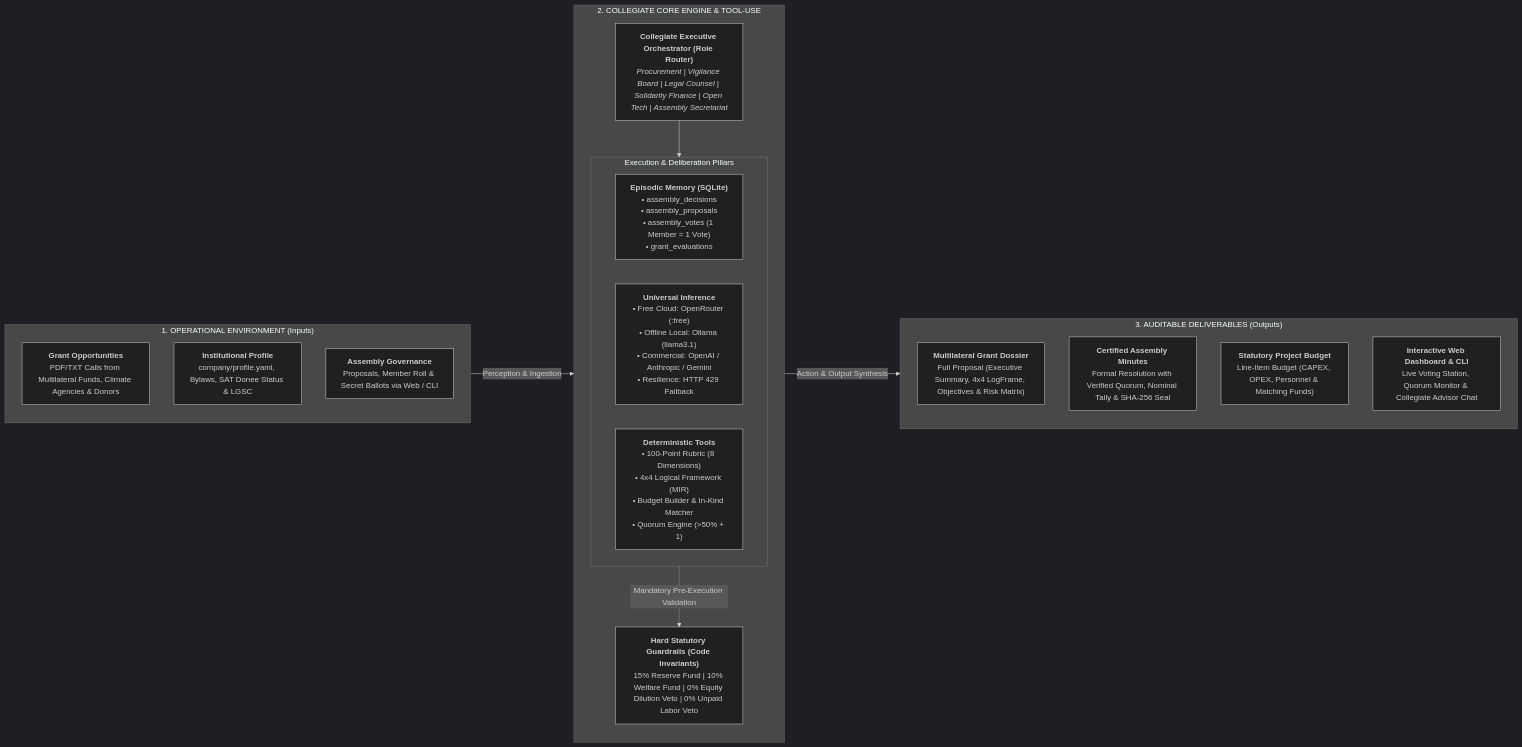
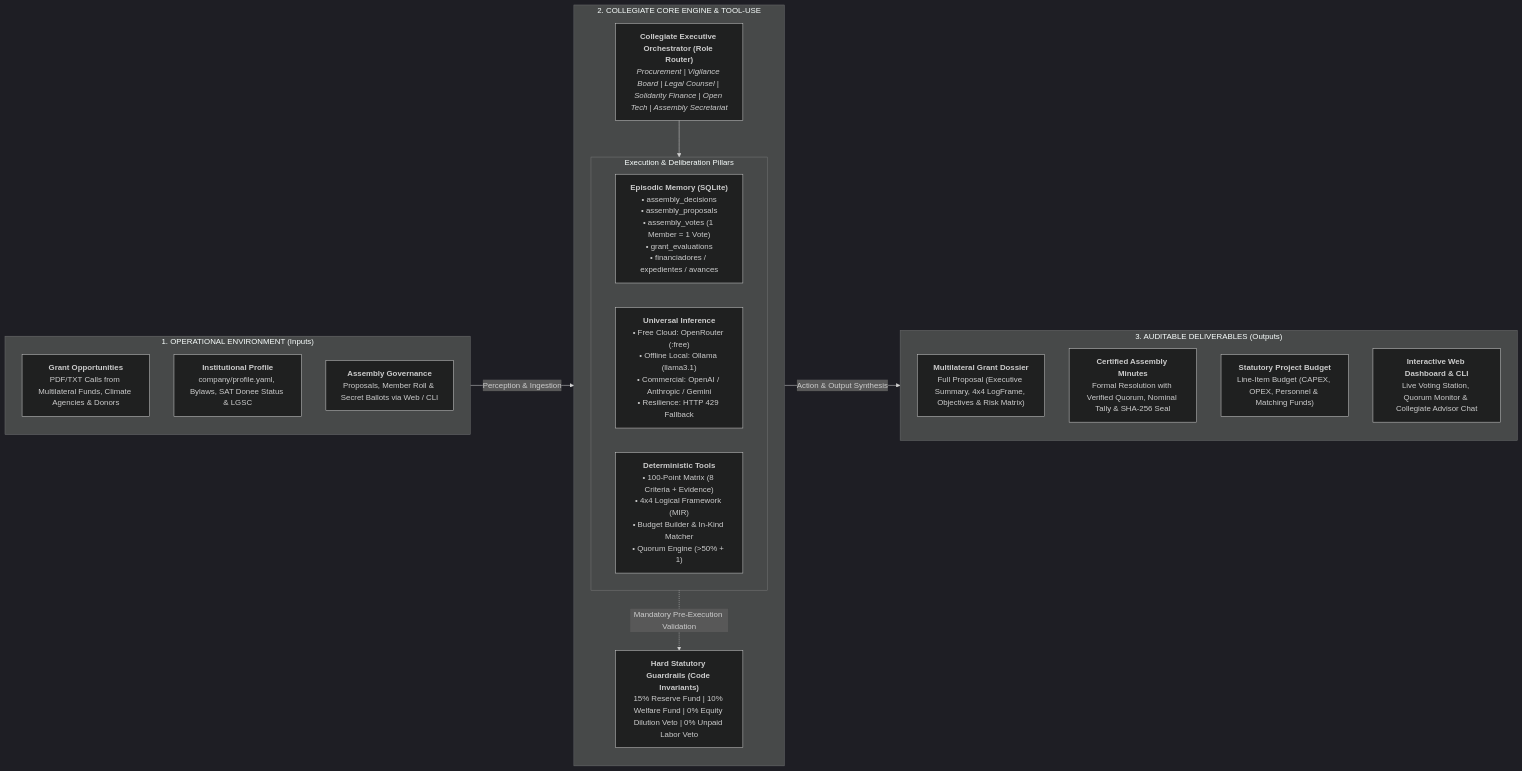
Before and after one commit to pablomorenoc96/coop-executive: the diagram in ARCHITECTURE.md, drawn with Mermaid (dark theme). The commit also changed other lines of this file and 43 other files, not shown here.

First line of the commit message:
feat(procuracion): nucleo de procuracion 0.2.0 con matriz, espacios, financiadores y expedientes

````diff
--- a/ARCHITECTURE.md
+++ b/ARCHITECTURE.md
@@ -13,38 +13,38 @@
 ```mermaid
 flowchart LR
     subgraph STAGE1["1. OPERATIONAL ENVIRONMENT (Inputs)"]
         direction TB
         IN1["<b>Grant Opportunities</b><br/>PDF/TXT Calls from Multilateral Funds, Climate Agencies & Donors"]
         IN2["<b>Institutional Profile</b><br/>company/profile.yaml, Bylaws, SAT Donee Status & LGSC"]
         IN3["<b>Assembly Governance</b><br/>Proposals, Member Roll & Secret Ballots via Web / CLI"]
     end
 
     STAGE1 -->|"Perception & Ingestion"| ORCH
 
     subgraph STAGE2["2. COLLEGIATE CORE ENGINE & TOOL-USE"]
         direction TB
         ORCH["<b>Collegiate Executive Orchestrator (Role Router)</b><br/><i>Procurement | Vigilance Board | Legal Counsel | Solidarity Finance | Open Tech | Assembly Secretariat</i>"]
         
         subgraph SUBSYSTEMS["Execution & Deliberation Pillars"]
             direction LR
-            MEM["<b>Episodic Memory (SQLite)</b><br/>• assembly_decisions<br/>• assembly_proposals<br/>• assembly_votes (1 Member = 1 Vote)<br/>• grant_evaluations"]
+            MEM["<b>Episodic Memory (SQLite)</b><br/>• assembly_decisions<br/>• assembly_proposals<br/>• assembly_votes (1 Member = 1 Vote)<br/>• grant_evaluations<br/>• financiadores / expedientes / avances"]
             INF["<b>Universal Inference</b><br/>• Free Cloud: OpenRouter (:free)<br/>• Offline Local: Ollama (llama3.1)<br/>• Commercial: OpenAI / Anthropic / Gemini<br/>• Resilience: HTTP 429 Fallback"]
-            TOOL["<b>Deterministic Tools</b><br/>• 100-Point Rubric (8 Dimensions)<br/>• 4x4 Logical Framework (MIR)<br/>• Budget Builder & In-Kind Matcher<br/>• Quorum Engine (>50% + 1)"]
+            TOOL["<b>Deterministic Tools</b><br/>• 100-Point Matrix (8 Criteria + Evidence)<br/>• 4x4 Logical Framework (MIR)<br/>• Budget Builder & In-Kind Matcher<br/>• Quorum Engine (>50% + 1)"]
         end
 
         ORCH --> SUBSYSTEMS
         
         GUARD["<b>Hard Statutory Guardrails (Code Invariants)</b><br/>15% Reserve Fund | 10% Welfare Fund | 0% Equity Dilution Veto | 0% Unpaid Labor Veto"]
         SUBSYSTEMS -.->|"Mandatory Pre-Execution Validation"| GUARD
     end
 
     SUBSYSTEMS -->|"Action & Output Synthesis"| STAGE3
 
     subgraph STAGE3["3. AUDITABLE DELIVERABLES (Outputs)"]
         direction TB
         OUT1["<b>Multilateral Grant Dossier</b><br/>Full Proposal (Executive Summary, 4x4 LogFrame, Objectives & Risk Matrix)"]
         OUT2["<b>Certified Assembly Minutes</b><br/>Formal Resolution with Verified Quorum, Nominal Tally & SHA-256 Seal"]
         OUT3["<b>Statutory Project Budget</b><br/>Line-Item Budget (CAPEX, OPEX, Personnel & Matching Funds)"]
         OUT4["<b>Interactive Web Dashboard & CLI</b><br/>Live Voting Station, Quorum Monitor & Collegiate Advisor Chat"]
     end
 ```
````
